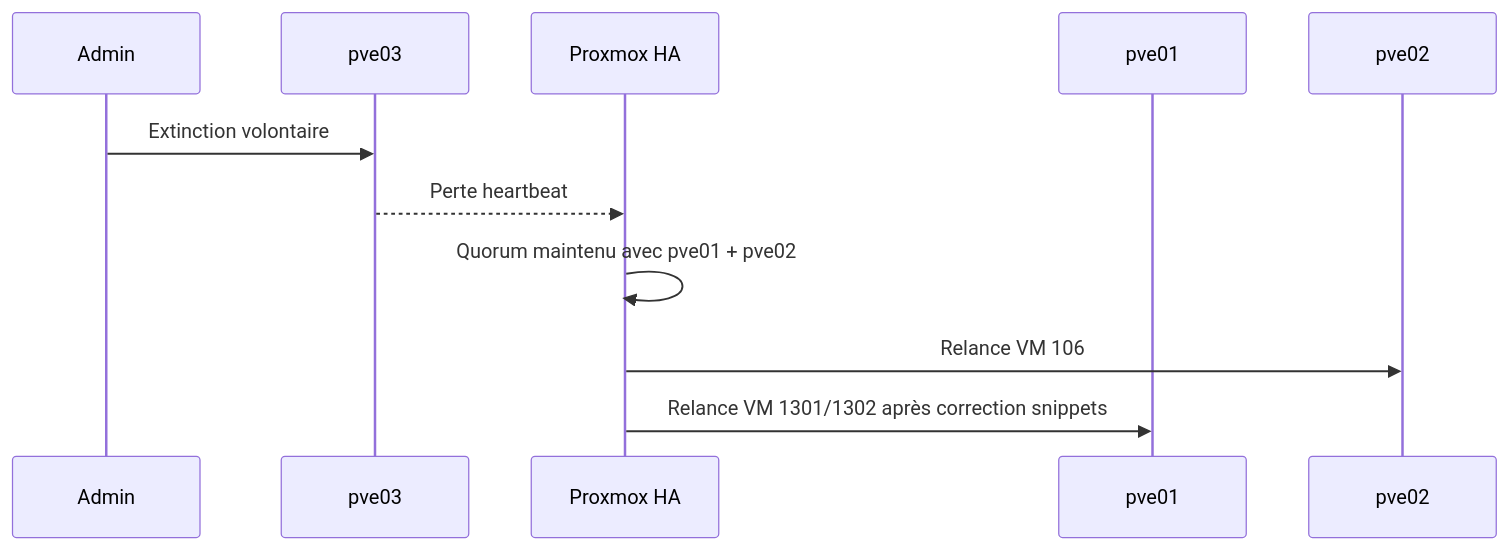
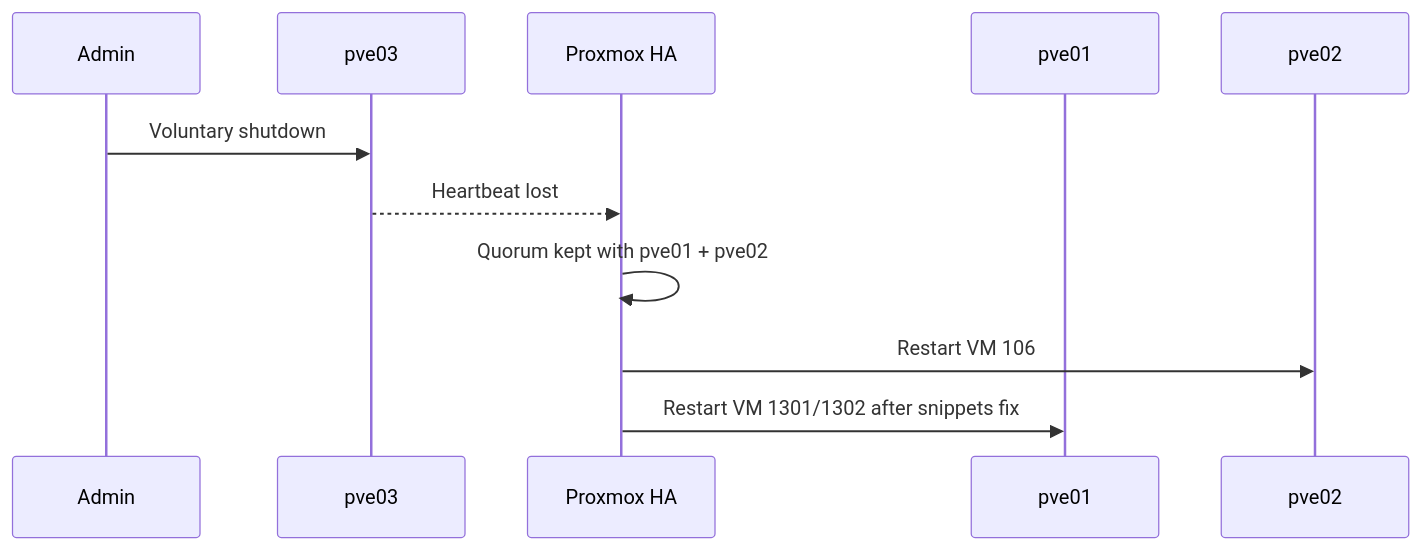
Before and after one commit to xbkh/showroom-hp-infrastructure: the fifth of 7 diagrams in README.md, drawn with Mermaid. The commit also changed other lines of this file, not shown here.

````diff
--- a/README.md
+++ b/README.md
@@ -861,14 +865,14 @@
 ```mermaid
 sequenceDiagram
     participant User as Admin
     participant P3 as pve03
     participant HA as Proxmox HA
     participant P1 as pve01
     participant P2 as pve02
 
-    User->>P3: Extinction volontaire
-    P3-->>HA: Perte heartbeat
-    HA->>HA: Quorum maintenu avec pve01 + pve02
-    HA->>P2: Relance VM 106
-    HA->>P1: Relance VM 1301/1302 après correction snippets
+    User->>P3: Voluntary shutdown
+    P3-->>HA: Heartbeat lost
+    HA->>HA: Quorum kept with pve01 + pve02
+    HA->>P2: Restart VM 106
+    HA->>P1: Restart VM 1301/1302 after snippets fix
 ```
````
